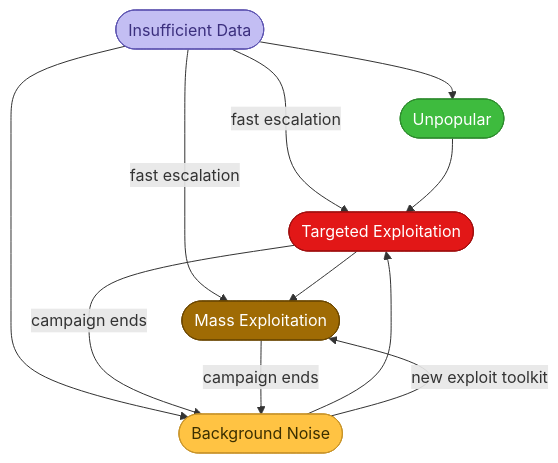
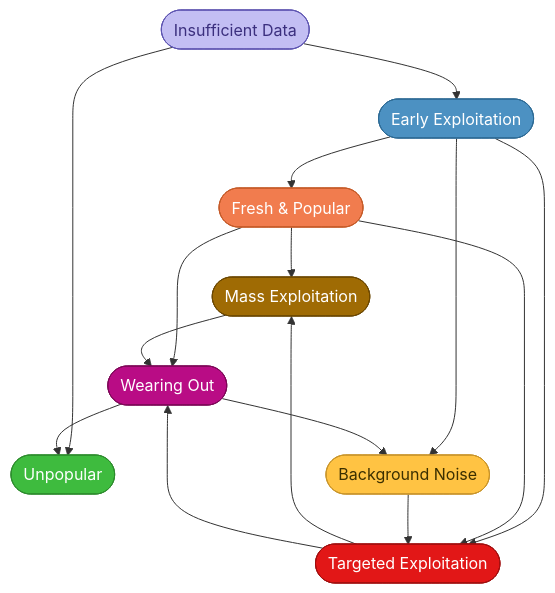
The diagram in crowdsec-docs/unversioned/tracker_api/exploitation_phases.mdx (crowdsecurity/crowdsec-docs), drawn with Mermaid before and after one commit. The commit also changed other lines of this file, not shown here.

Commit message:
update exploitation phases and diagram

````diff
--- a/crowdsec-docs/unversioned/tracker_api/exploitation_phases.mdx
+++ b/crowdsec-docs/unversioned/tracker_api/exploitation_phases.mdx
@@ -65,25 +92,35 @@
 ```mermaid
 graph TB
     ID(["Insufficient Data"]):::gray
+    EE(["Early Exploitation"]):::early
+    FP(["Fresh & Popular"]):::fresh
     UP(["Unpopular"]):::green
     BN(["Background Noise"]):::blue
     TE(["Targeted Exploitation"]):::orange
     ME(["Mass Exploitation"]):::red
+    WO(["Wearing Out"]):::fading
 
+    ID --> EE
     ID --> UP
-    ID --> BN
-    ID -->|fast escalation| TE
-    ID -->|fast escalation| ME
-    UP --> TE
+    EE --> FP
+    EE --> TE
+    EE --> BN
+    FP --> ME
+    FP --> TE
+    FP --> WO
+    TE --> ME
+    TE --> WO
+    ME --> WO
+    WO --> BN
+    WO --> UP
     BN --> TE
-    BN -->|new exploit toolkit| ME
-    TE --> ME
-    TE -->|campaign ends| BN
-    ME -->|campaign ends| BN
 
     classDef gray   fill:#C3BEF3,stroke:#5D54B0,color:#3b2f7e
+    classDef early  fill:#4C91C2,stroke:#2d6a94,color:#fff
+    classDef fresh  fill:#F17C4E,stroke:#c45a28,color:#fff
     classDef green  fill:#3EBB3E,stroke:#2d8b2d,color:#fff
     classDef blue   fill:#FFC343,stroke:#c8942a,color:#3b2f00
     classDef orange fill:#E21717,stroke:#a00f0f,color:#fff
     classDef red    fill:#9F6B04,stroke:#6b4700,color:#fff
+    classDef fading fill:#B90C85,stroke:#7d0857,color:#fff
 ```
````
